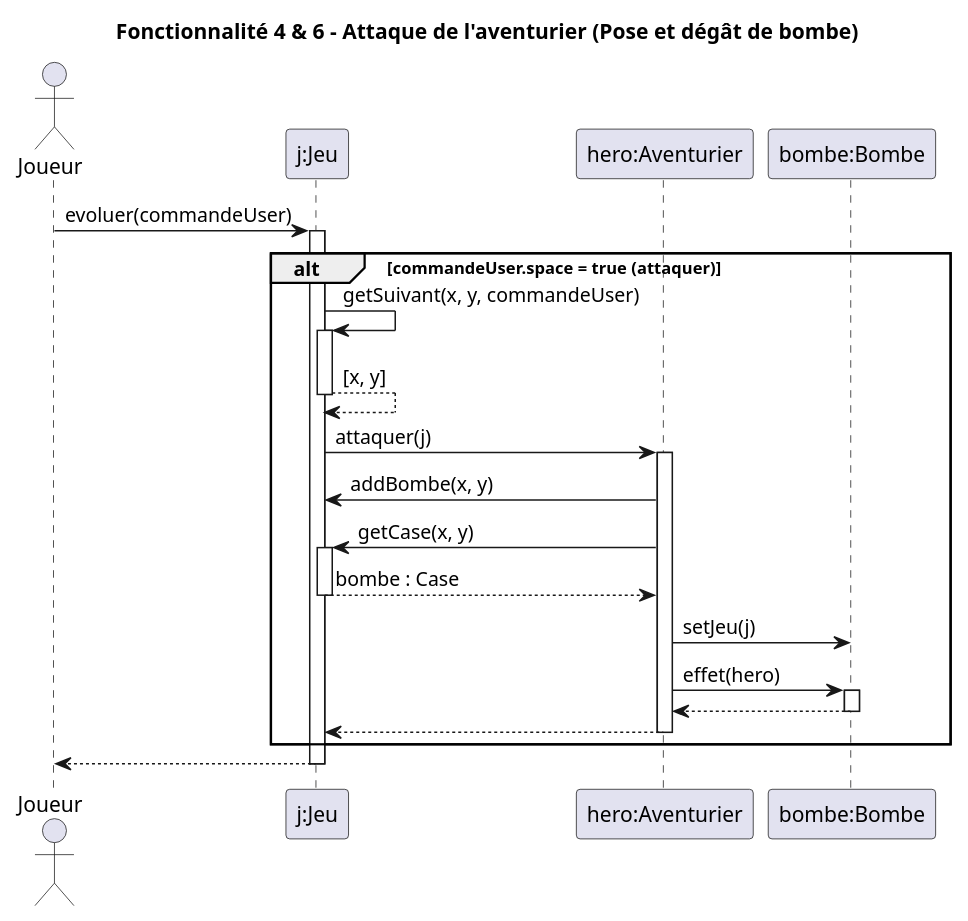
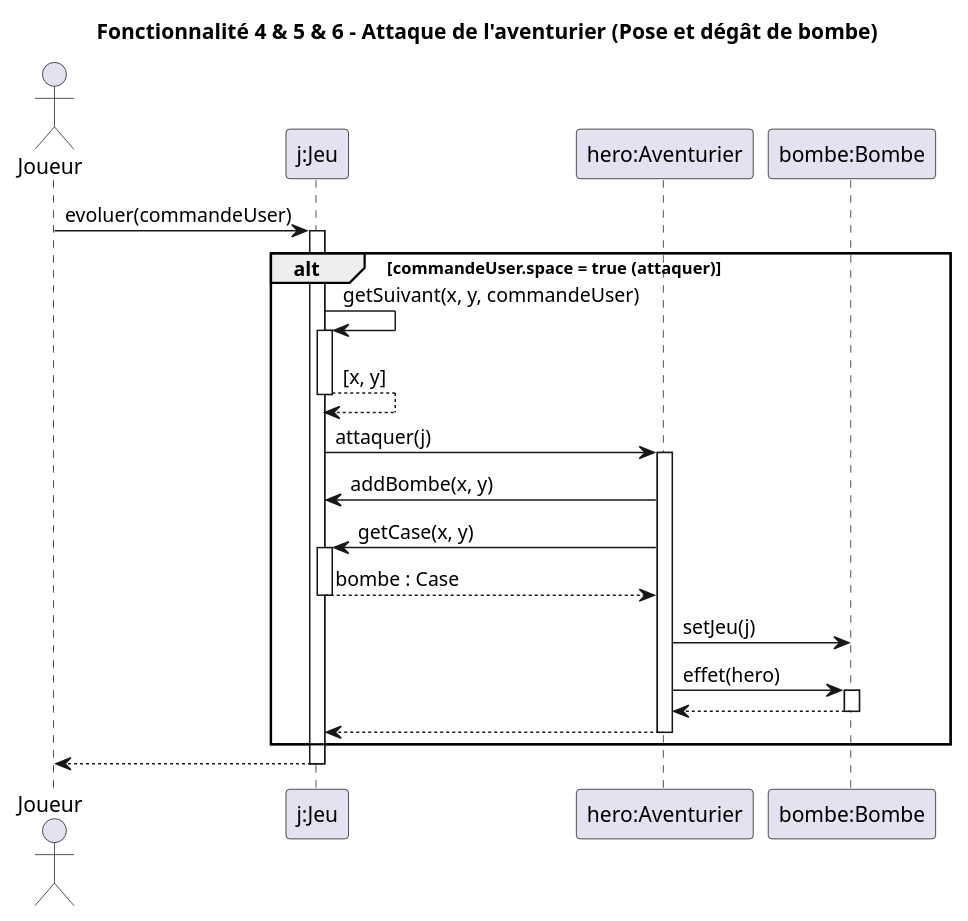
One commit to lucas-martinati-pro/SAE_S2.01_Zeldiablo-LucasM_JeanLM_PierreGSV changed the diagram in documents/version_2/Diagrammes Séquence/Fonctionnalité 4 & 5 & 6.puml. Above: the diagram before and after it, drawn with PlantUML.

Commit message:
edit: Titre of Diagramme de séquence 4 & 5 & 6

```diff
--- a/documents/version_2/Diagrammes Séquence/Fonctionnalité 4 & 5 & 6.puml
+++ b/documents/version_2/Diagrammes Séquence/Fonctionnalité 4 & 5 & 6.puml
@@ -1,40 +1,40 @@
 @startuml
-title Fonctionnalité 4 & 6 - Attaque de l'aventurier (Pose et dégât de bombe)
+title Fonctionnalité 4 & 5 & 6 - Attaque de l'aventurier (Pose et dégât de bombe)
 
 actor Joueur
 participant "j:Jeu" as Jeu
 participant "hero:Aventurier" as Hero
 participant "bombe:Bombe" as Bombe
 
 Joueur -> Jeu : evoluer(commandeUser)
 activate Jeu
 
 alt commandeUser.space = true (attaquer)
     Jeu -> Jeu : getSuivant(x, y, commandeUser)
     activate Jeu
     Jeu --> Jeu : [x, y]
 
 deactivate Jeu
     Jeu -> Hero : attaquer(j)
     activate Hero
 
     Hero -> Jeu : addBombe(x, y)
 
     Hero -> Jeu : getCase(x, y)
     activate Jeu
     Jeu --> Hero : bombe : Case
     deactivate Jeu
 
     Hero -> Bombe : setJeu(j)
     Hero -> Bombe : effet(hero)
     activate Bombe
     Bombe --> Hero
     deactivate Bombe
 
     Hero --> Jeu
     deactivate Hero
 end
 
 Jeu --> Joueur
 deactivate Jeu
 @enduml
```
